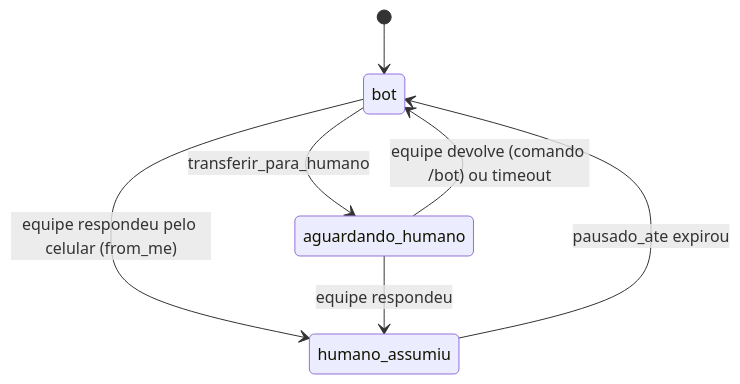
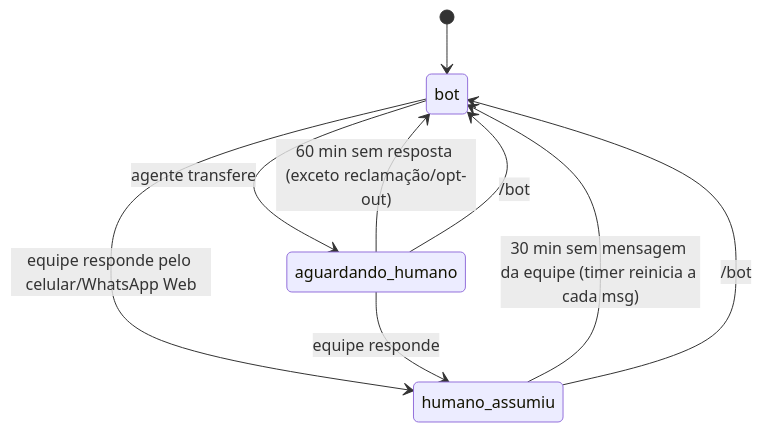
One commit to ampliize/Cabelosbykarol changed the third of 4 diagrams in docs/03-ARQUITETURA.md. Above: the diagram before and after it, drawn with Mermaid. The commit also changed other lines of this file and 7 other files, not shown here.

First line of the commit message:
feat(db): devolução automática da conversa ao agente por inatividade da equipe

````diff
--- a/docs/03-ARQUITETURA.md
+++ b/docs/03-ARQUITETURA.md
@@ -90,9 +92,11 @@
 ```mermaid
 stateDiagram-v2
     [*] --> bot
-    bot --> aguardando_humano: transferir_para_humano
-    bot --> humano_assumiu: equipe respondeu pelo celular (from_me)
-    aguardando_humano --> humano_assumiu: equipe respondeu
-    humano_assumiu --> bot: pausado_ate expirou
-    aguardando_humano --> bot: equipe devolve (comando /bot) ou timeout
+    bot --> humano_assumiu: equipe responde pelo celular/WhatsApp Web
+    humano_assumiu --> bot: 30 min sem mensagem da equipe (timer reinicia a cada msg)
+    bot --> aguardando_humano: agente transfere
+    aguardando_humano --> humano_assumiu: equipe responde
+    aguardando_humano --> bot: 60 min sem resposta (exceto reclamação/opt-out)
+    humano_assumiu --> bot: /bot
+    aguardando_humano --> bot: /bot
 ```
````
